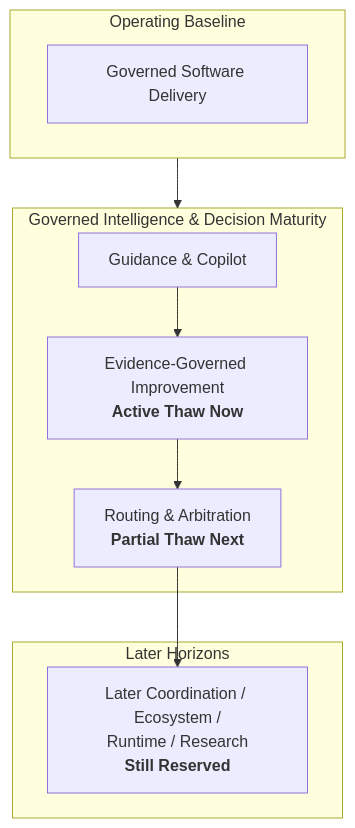
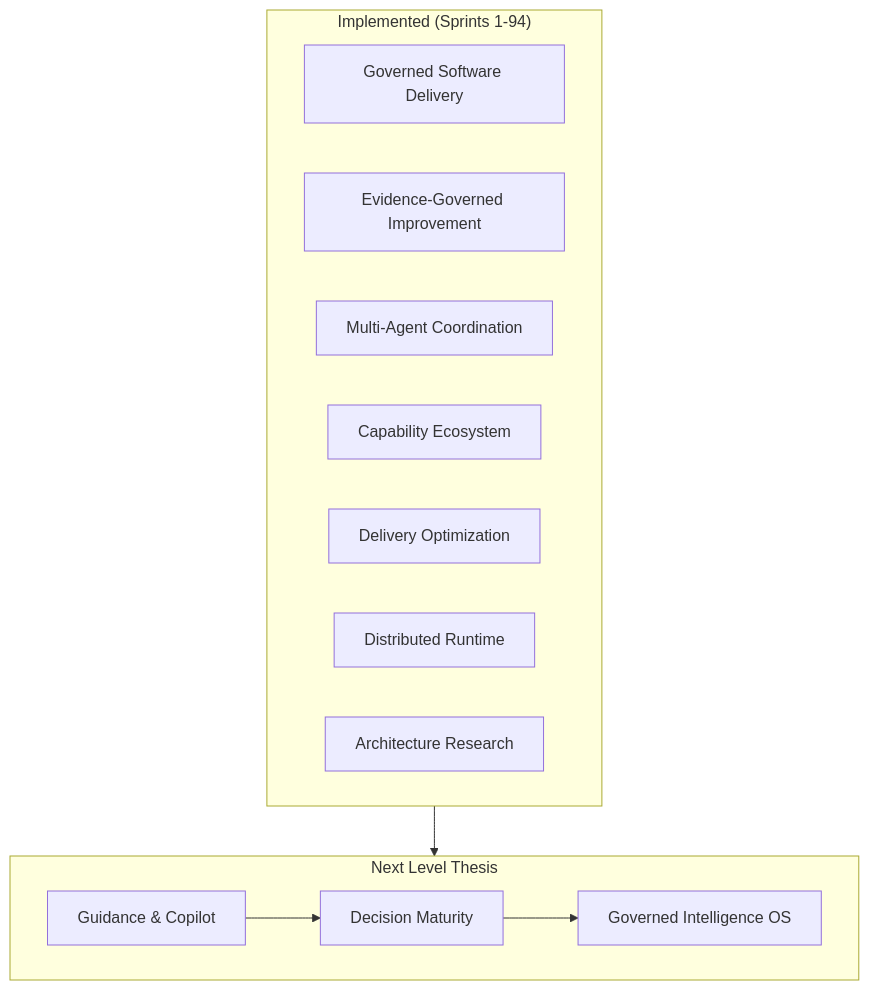
One commit to zansued/axionos changed the diagram in docs/ROADMAP.md. Above: the diagram before and after it, drawn with Mermaid. The commit also changed other lines of this file, not shown here.

````diff
--- a/docs/ROADMAP.md
+++ b/docs/ROADMAP.md
@@ -114,18 +102,20 @@
 ```mermaid
 flowchart TD
-    subgraph Core["Operating Baseline"]
+    subgraph Complete["Implemented (Sprints 1-94)"]
         A[Governed Software Delivery]
+        B[Evidence-Governed Improvement]
+        C[Multi-Agent Coordination]
+        D[Capability Ecosystem]
+        E[Delivery Optimization]
+        F[Distributed Runtime]
+        G[Architecture Research]
     end
-    subgraph NextLevel["Governed Intelligence & Decision Maturity"]
-        B[Guidance & Copilot]
-        C[Evidence-Governed Improvement<br/><b>Active Thaw Now</b>]
-        D[Routing & Arbitration<br/><b>Partial Thaw Next</b>]
+    subgraph NextLevel["Next Level Thesis"]
+        H[Guidance & Copilot]
+        I[Decision Maturity]
+        J[Governed Intelligence OS]
     end
-    subgraph Future["Later Horizons"]
-        E[Later Coordination / Ecosystem /<br/>Runtime / Research<br/><b>Still Reserved</b>]
-    end
-    Core --> NextLevel
-    B --> C
-    C --> D
-    D --> E
+    Complete --> NextLevel
+    H --> I
+    I --> J
 ```
````
